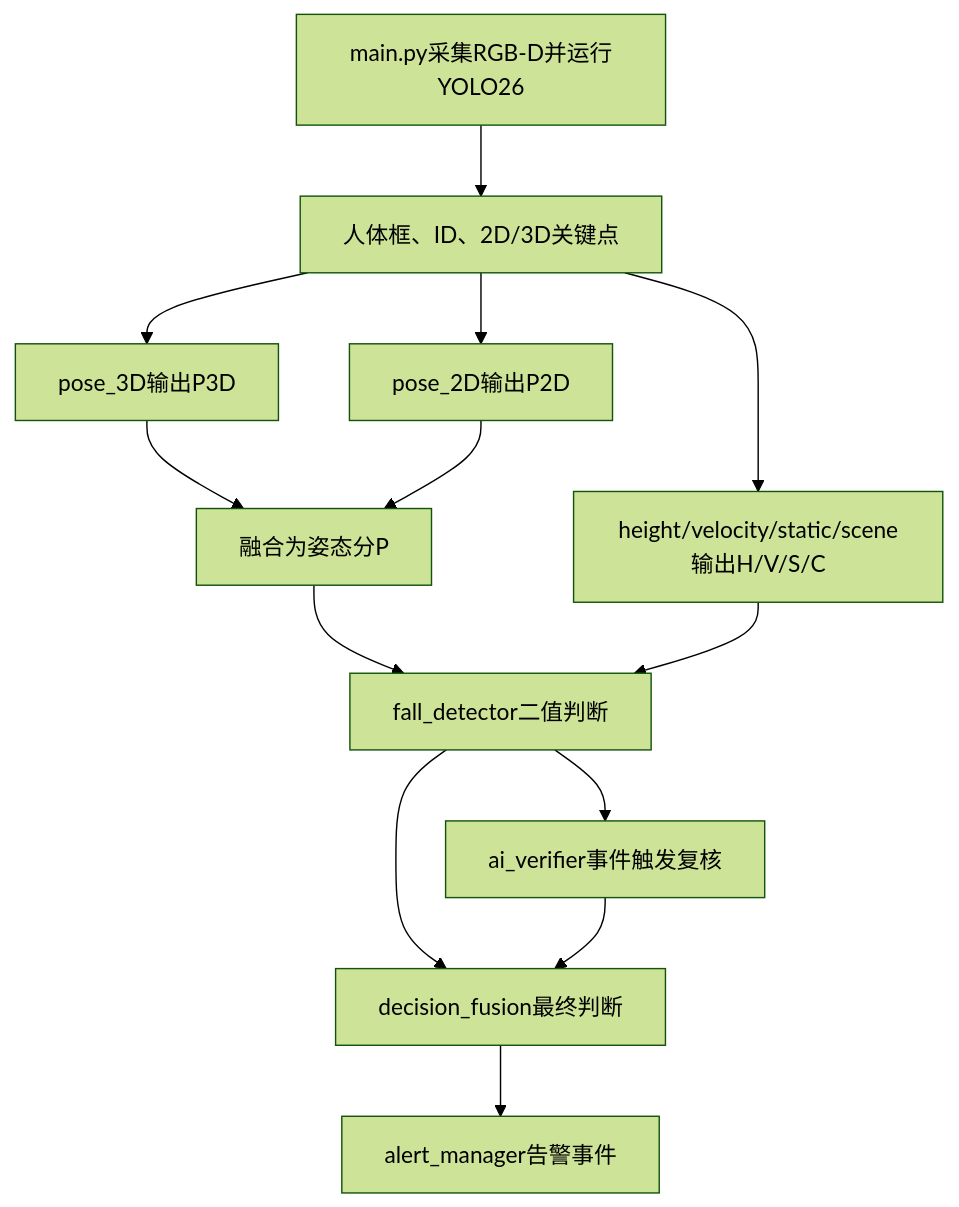
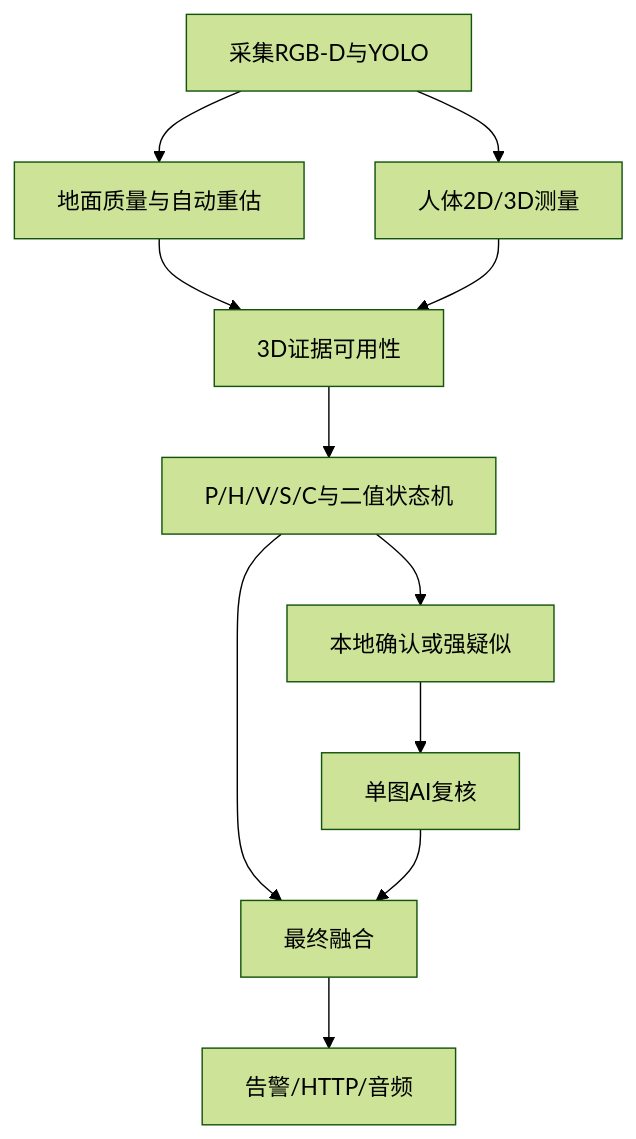
One commit to He-Tea-Tea/fall_detection changed the diagram in FRAMEWORK.md. Above: the diagram before and after it, drawn with Mermaid (forest theme). The commit also changed other lines of this file and 10 other files, not shown here.

````diff
--- a/FRAMEWORK.md
+++ b/FRAMEWORK.md
@@ -23,15 +23,13 @@
 ```mermaid
 flowchart TD
-    A[main.py采集RGB-D并运行YOLO26] --> B[人体框、ID、2D/3D关键点]
-    B --> C[pose_3D输出P3D]
-    B --> D[pose_2D输出P2D]
-    C --> E[融合为姿态分P]
-    D --> E
-    B --> F[height/velocity/static/scene输出H/V/S/C]
-    E --> G[fall_detector二值判断]
-    F --> G
-    G --> H[ai_verifier事件触发复核]
-    G --> I[decision_fusion最终判断]
-    H --> I
-    I --> J[alert_manager告警事件]
+    A[采集RGB-D与YOLO] --> B[地面质量与自动重估]
+    A --> C[人体2D/3D测量]
+    B --> D[3D证据可用性]
+    C --> D
+    D --> E[P/H/V/S/C与二值状态机]
+    E --> F[本地确认或强疑似]
+    F --> G[单图AI复核]
+    E --> H[最终融合]
+    G --> H
+    H --> I[告警/HTTP/音频]
 ```
````
